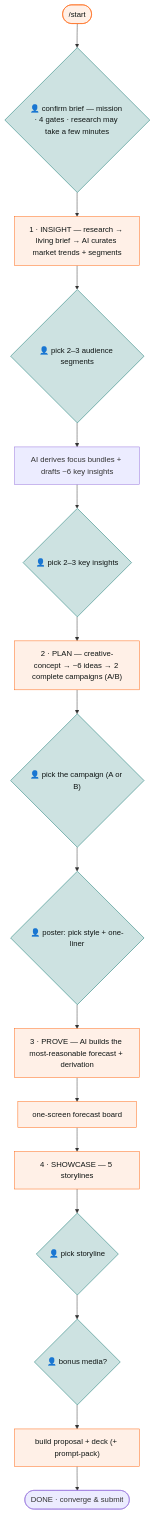
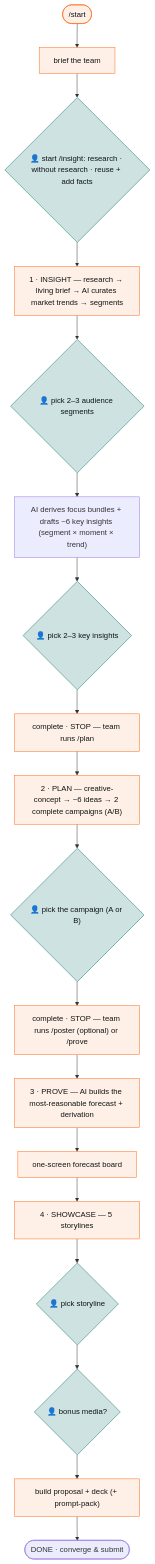
The diagram in .opencode/README.md (jkang/a-hackathon), drawn with Mermaid before and after one commit. The commit also changed other lines of this file and 39 other files, not shown here.

````diff
--- a/.opencode/README.md
+++ b/.opencode/README.md
@@ -68,23 +68,25 @@
 ```mermaid
 flowchart TD
-    A([/start]) --> H0{"👤 confirm brief — mission · 4 gates · research may take a few minutes"}
-    H0 --> I["1 · INSIGHT — research → living brief → AI curates market trends + segments"]
+    A([/start]) --> H0["brief the team"]
+    H0 --> HR{"👤 start /insight: research · without research · reuse + add facts"}
+    HR -->     I["1 · INSIGHT — research → living brief → AI curates market trends → segments"]
     I --> H1{"👤 pick 2–3 audience segments"}
-    H1 --> I2["AI derives focus bundles + drafts ~6 key insights"]
+    H1 --> I2["AI derives focus bundles + drafts ~6 key insights (segment × moment × trend)"]
     I2 --> H1b{"👤 pick 2–3 key insights"}
-    H1b --> P["2 · PLAN — creative-concept → ~6 ideas → 2 complete campaigns (A/B)"]
+    H1b --> HO2["complete · STOP — team runs /plan"]
+    HO2 --> P["2 · PLAN — creative-concept → ~6 ideas → 2 complete campaigns (A/B)"]
     P --> H3{"👤 pick the campaign (A or B)"}
-    H3 --> H4{"👤 poster: pick style + one-liner"}
-    H4 --> V["3 · PROVE — AI builds the most-reasonable forecast + derivation"]
+    H3 --> HO3["complete · STOP — team runs /poster (optional) or /prove"]
+    HO3 --> V["3 · PROVE — AI builds the most-reasonable forecast + derivation"]
     V --> C["one-screen forecast board"]
     C --> S["4 · SHOWCASE — 5 storylines"]
     S --> H7{"👤 pick storyline"}
     H7 --> H9{"👤 bonus media?"}
     H9 --> B["build proposal + deck (+ prompt-pack)"]
     B --> D([DONE · converge & submit])
 
     classDef ai fill:#FFF0E7,stroke:#FF6611,color:#0F1514;
     classDef hitl fill:#CDE2E1,stroke:#077069,color:#0F1514;
-    class A,I,P,V,C,S,B ai;
-    class H0,H1,H1b,H3,H4,H7,H9 hitl;
+    class A,I,P,V,C,S,B,H0,HO2,HO3 ai;
+    class HR,H1,H1b,H3,H7,H9 hitl;
 ```
````
